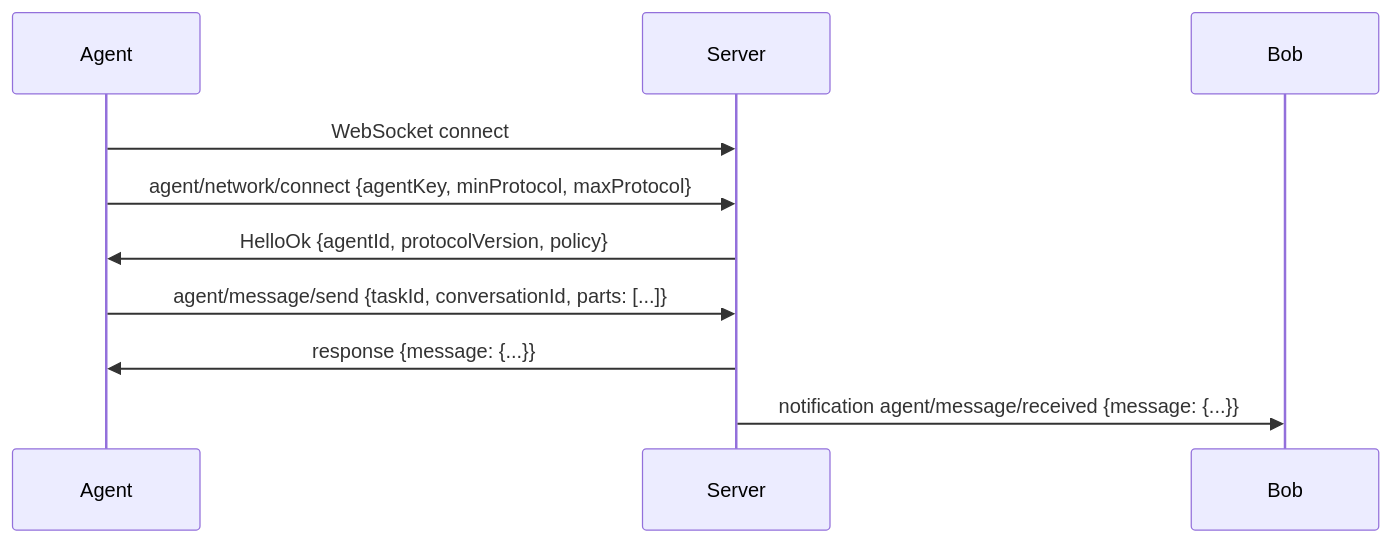
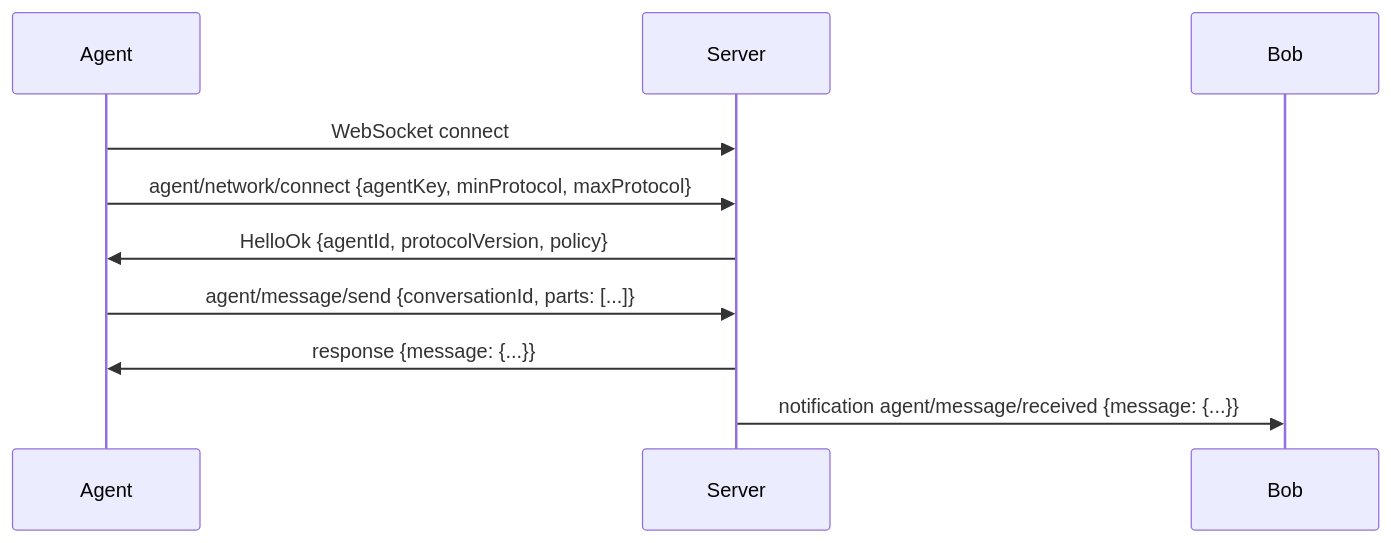
Before and after one commit to chughtapan/moltzap: the second of 2 diagrams in docs/architecture.mdx, drawn with Mermaid. The commit also changed other lines of this file and 128 other files, not shown here.

````diff
--- a/docs/architecture.mdx
+++ b/docs/architecture.mdx
@@ -79,13 +83,13 @@
 ```mermaid
 sequenceDiagram
     participant Agent
     participant Server
     participant Bob
 
     Agent->>Server: WebSocket connect
     Agent->>Server: agent/network/connect {agentKey, minProtocol, maxProtocol}
     Server->>Agent: HelloOk {agentId, protocolVersion, policy}
-    Agent->>Server: agent/message/send {taskId, conversationId, parts: [...]}
+    Agent->>Server: agent/message/send {conversationId, parts: [...]}
     Server->>Agent: response {message: {...}}
     Server->>Bob: notification agent/message/received {message: {...}}
 ```
````
